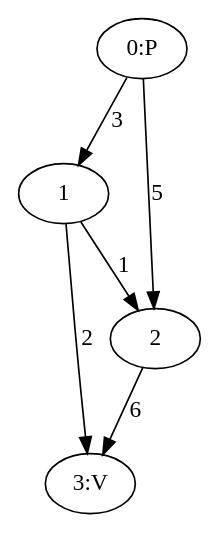
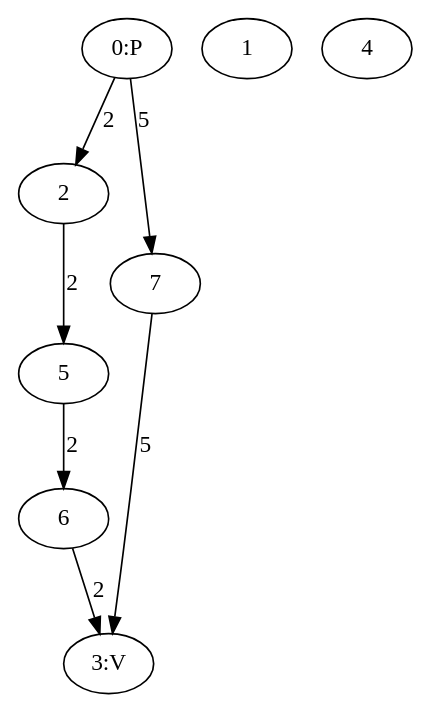
The diagram in Tars/Fietsnetwerk/cmake-build-debug/oplossing.dot (astverha/ogla2), drawn with Graphviz before and after one commit. The commit also changed 83 other files, not shown here.

```diff
--- a/Tars/Fietsnetwerk/cmake-build-debug/oplossing.dot
+++ b/Tars/Fietsnetwerk/cmake-build-debug/oplossing.dot
@@ -1,8 +1,11 @@
 digraph {
-"0:P" -> 1[label="3"];
-"0:P" -> 2[label="5"];
-1 -> 2[label="1"];
-1 -> "3:V"[label="2"];
-2 -> "3:V"[label="6"];
+"0:P" -> 2[label="2"];
+"0:P" -> 7[label="5"];
+1;
+2 -> 5[label="2"];
 "3:V";
+4;
+5 -> 6[label="2"];
+6 -> "3:V"[label="2"];
+7 -> "3:V"[label="5"];
 }
```
